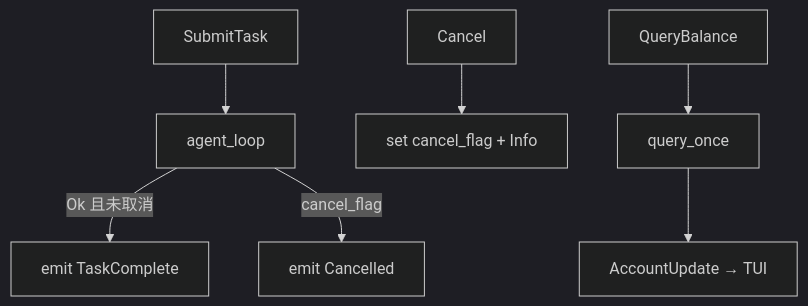
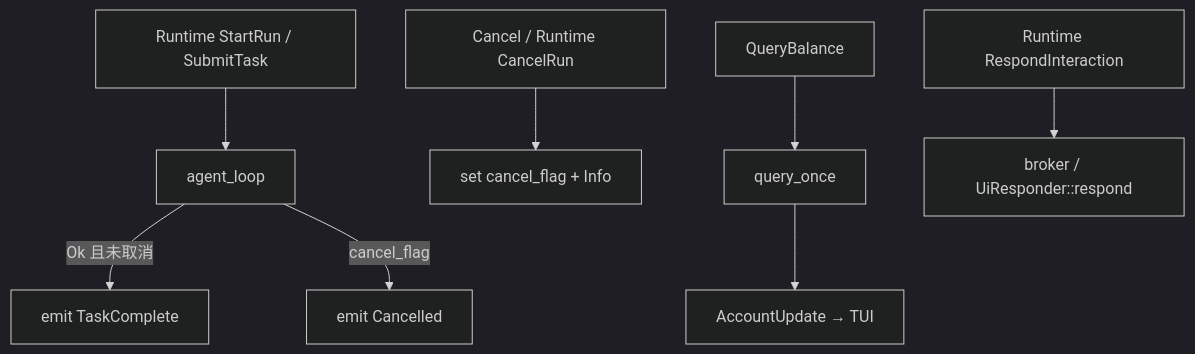
Before and after one commit to rust-infra/tact: the eighth of 9 diagrams in book/25_chapter_protocol_zh.md, drawn with Mermaid (dark theme). The commit also changed other lines of this file and 1 other file, not shown here.

````diff
--- a/book/25_chapter_protocol_zh.md
+++ b/book/25_chapter_protocol_zh.md
@@ -315,9 +354,10 @@
 ```mermaid
 graph TD
-    a_st[SubmitTask] --> b_al[agent_loop]
+    a_st[Runtime StartRun / SubmitTask] --> b_al[agent_loop]
     b_al -->|Ok 且未取消| c_tc[emit TaskComplete]
     b_al -->|cancel_flag| d_xc[emit Cancelled]
-    e_cn[Cancel] --> f_cf[set cancel_flag + Info]
+    e_cn[Cancel / Runtime CancelRun] --> f_cf[set cancel_flag + Info]
     g_qb[QueryBalance] --> h_qo[query_once]
     h_qo --> i_au[AccountUpdate → TUI]
+    j_ri[Runtime RespondInteraction] --> k_ri[broker / UiResponder::respond]
 ```
````
